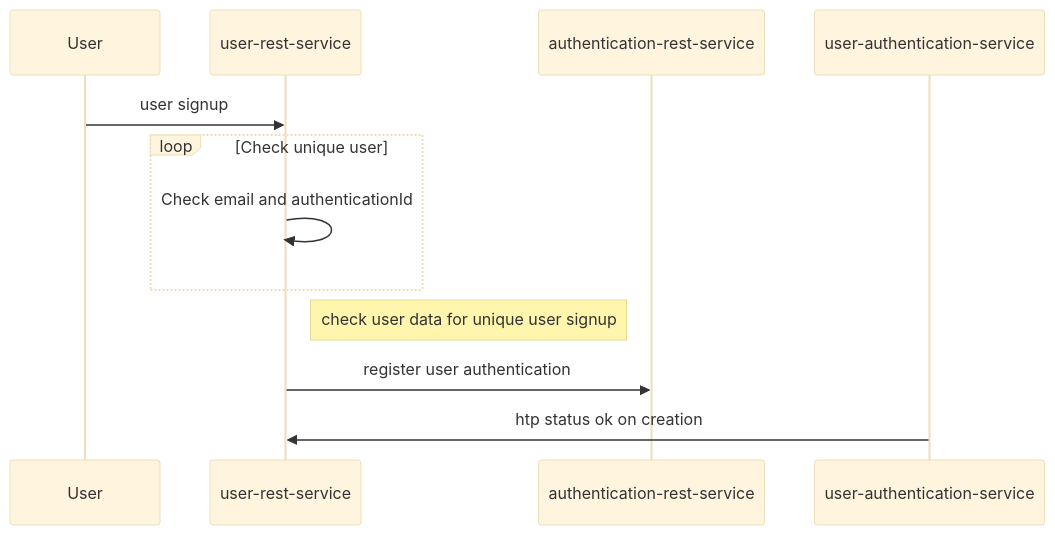
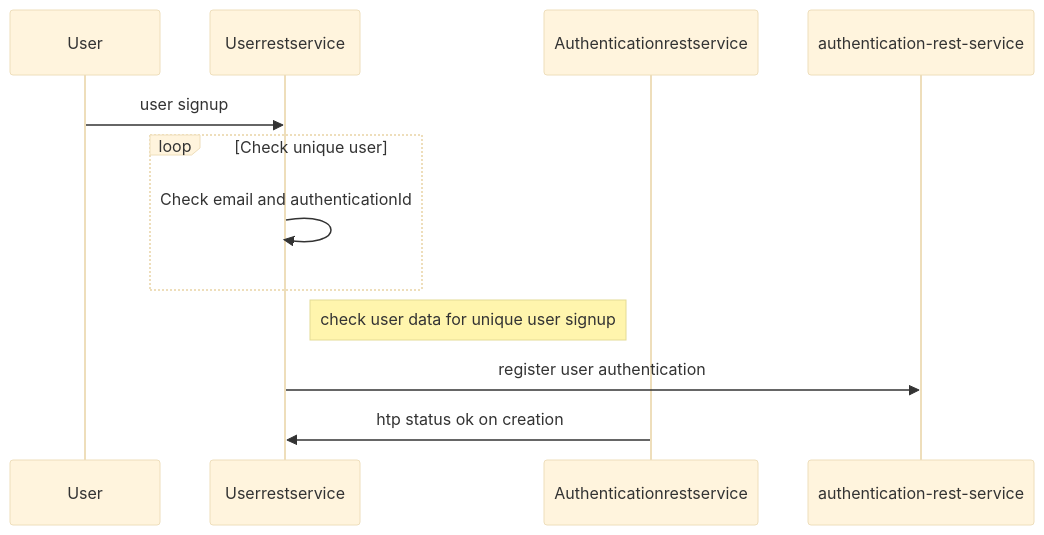
The third of 4 diagrams in README.md (sonamsamdupkhangsar/user-rest-service), drawn with Mermaid (base theme) before and after one commit.

Commit message:
test readme

````diff
--- a/README.md
+++ b/README.md
@@ -94,13 +94,13 @@
 ```mermaid 
 sequenceDiagram
     participant User
-    participant user-rest-service
-    participant authentication-rest-service
-    User->>user-rest-service: user signup
+    participant Userrestservice
+    participant Authenticationrestservice
+    User->>Userrestservice: user signup
     loop Check unique user
-        user-rest-service->>user-rest-service: Check email and authenticationId 
+        Userrestservice->>Userrestservice: Check email and authenticationId 
     end
-    Note right of user-rest-service: check user data for unique user signup
-    user-rest-service ->> authentication-rest-service: register user authentication
-    user-authentication-service ->> user-rest-service: htp status ok on creation
+    Note right of Userrestservice: check user data for unique user signup
+    Userrestservice ->> authentication-rest-service: register user authentication
+    Authenticationrestservice ->> Userrestservice: htp status ok on creation
 ```
````
